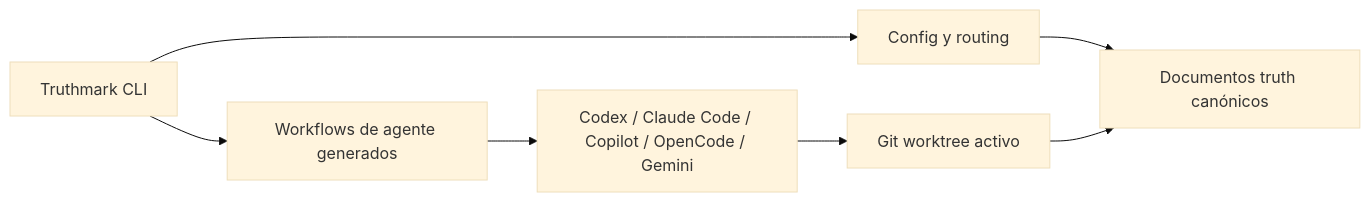
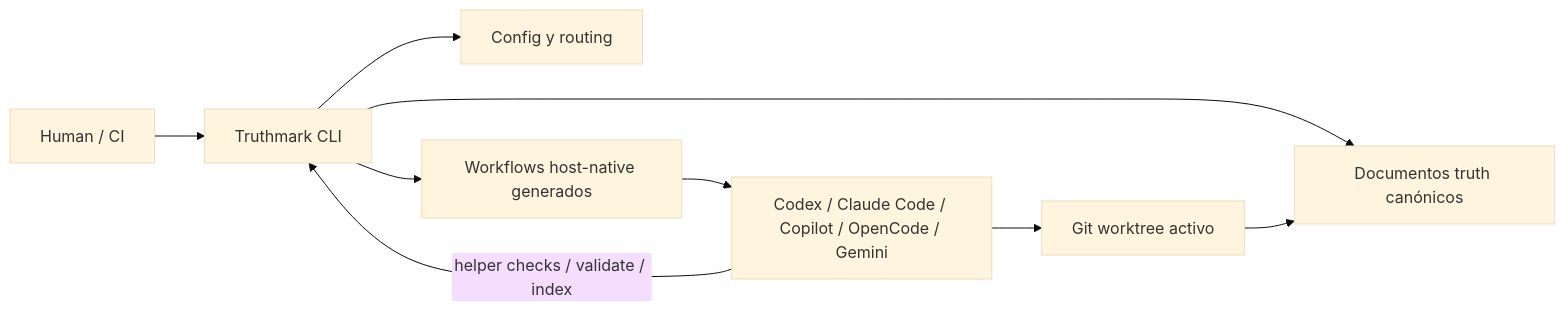
Before and after one commit to merlinhu1/truthmark: the diagram in README.es.md, drawn with Mermaid (base theme). The commit also changed other lines of this file and 4 other files, not shown here.

First line of the commit message:
docs: show agent CLI feedback loop in README diagram

````diff
--- a/README.es.md
+++ b/README.es.md
@@ -269,9 +269,11 @@
 ```mermaid
 flowchart LR
-  CLI["Truthmark CLI"] --> Config["Config y routing"]
-  Config --> Truth["Documentos truth canónicos"]
-  CLI --> Surfaces["Workflows de agente generados"]
+  Human["Human / CI"] --> CLI["Truthmark CLI"]
+  CLI --> Config["Config y routing"]
+  CLI --> Truth["Documentos truth canónicos"]
+  CLI --> Surfaces["Workflows host-native generados"]
   Surfaces --> Hosts["Codex / Claude Code / Copilot / OpenCode / Gemini"]
   Hosts --> Worktree["Git worktree activo"]
+  Hosts -->|"helper checks / validate / index"| CLI
   Worktree --> Truth
 ```
````
